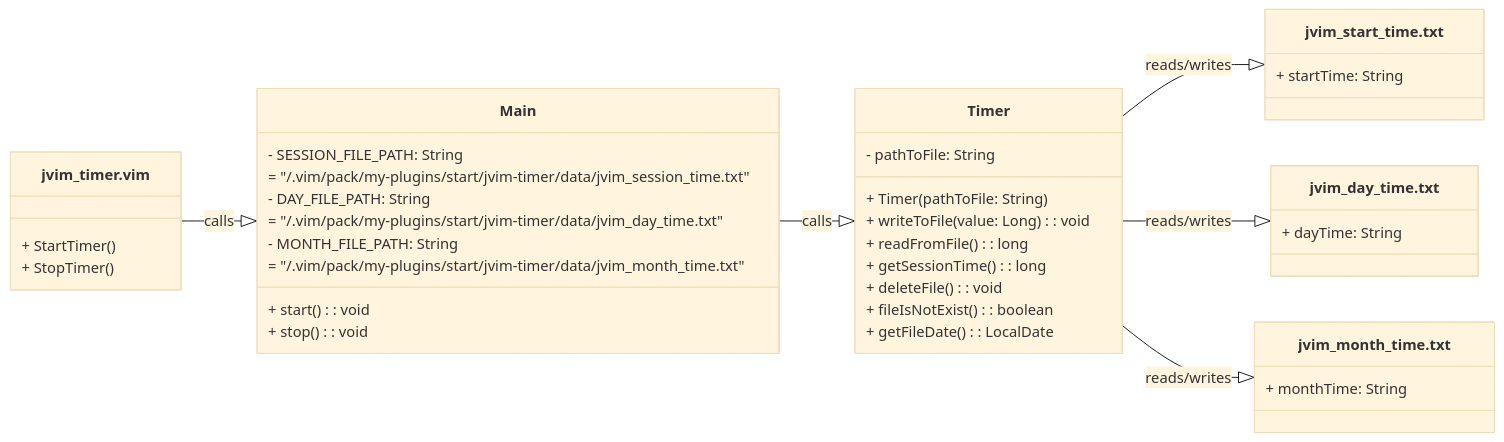
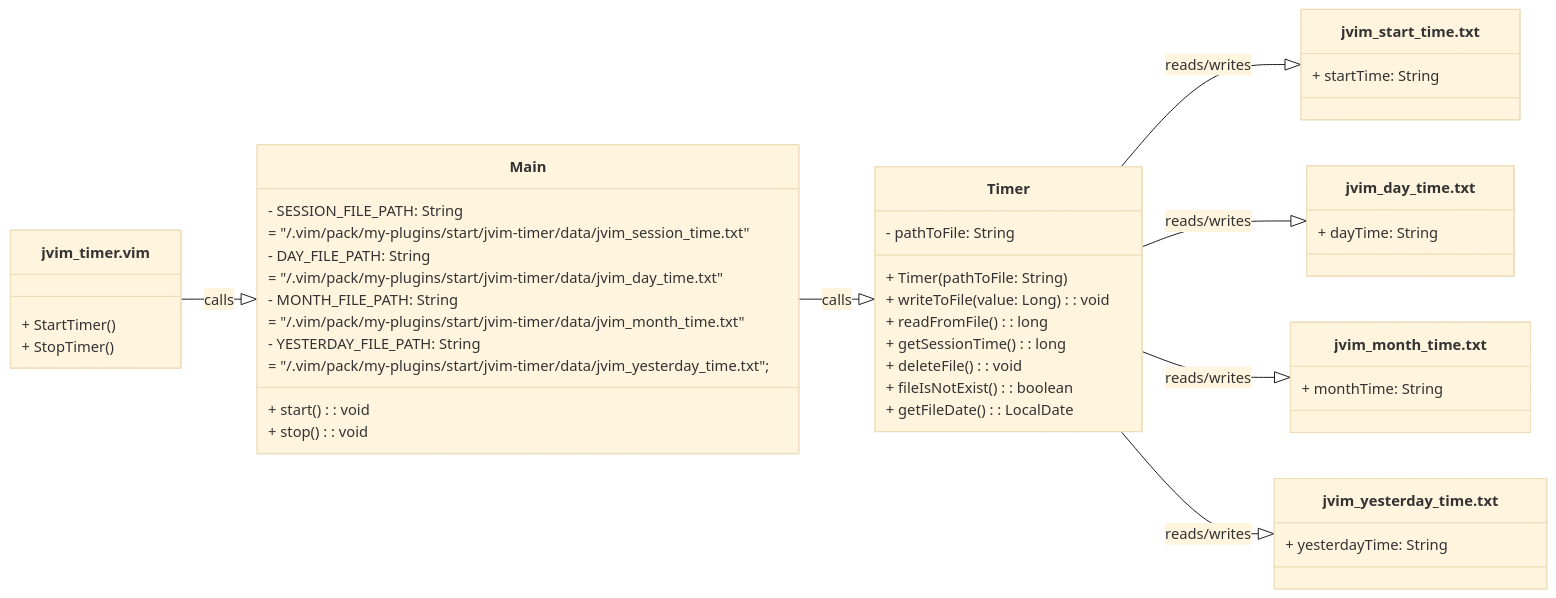
The second of 2 diagrams in jvim-timer/README.md (AlexandrAnatoliev/jvim-plugins), drawn with Mermaid (base theme) before and after one commit. The commit also changed other lines of this file, not shown here.

````diff
--- a/jvim-timer/README.md
+++ b/jvim-timer/README.md
@@ -529,49 +534,56 @@
 ```mermaid
 classDiagram
   direction LR
   
   class jvim_timer.vim {
     + StartTimer()
     + StopTimer()
   }
 
   class Main {
     - SESSION_FILE_PATH: String 
       = "/.vim/pack/my-plugins/start/jvim-timer/data/jvim_session_time.txt"
     - DAY_FILE_PATH: String 
       = "/.vim/pack/my-plugins/start/jvim-timer/data/jvim_day_time.txt"
     - MONTH_FILE_PATH: String  
       = "/.vim/pack/my-plugins/start/jvim-timer/data/jvim_month_time.txt"
+    - YESTERDAY_FILE_PATH: String 
+      = "/.vim/pack/my-plugins/start/jvim-timer/data/jvim_yesterday_time.txt";
     + start(): void
     + stop(): void
   }
 
   class Timer {
     - pathToFile: String
     + Timer(pathToFile: String)
     + writeToFile(value: Long): void
     + readFromFile(): long
     + getSessionTime(): long
     + deleteFile(): void
     + fileIsNotExist(): boolean
     + getFileDate(): LocalDate
   }
 
   class jvim_start_time.txt {
     + startTime: String 
   }
 
   class jvim_day_time.txt {
     + dayTime: String
   }
 
   class jvim_month_time.txt {
     + monthTime: String
   }
 
+  class jvim_yesterday_time.txt {
+    + yesterdayTime: String
+  }
+
   jvim_timer.vim --|> Main : calls
   Main --|> Timer : calls
   Timer --|> jvim_start_time.txt : reads/writes
   Timer --|> jvim_day_time.txt : reads/writes
   Timer --|> jvim_month_time.txt : reads/writes
+  Timer --|> jvim_yesterday_time.txt : reads/writes
 ```
````
